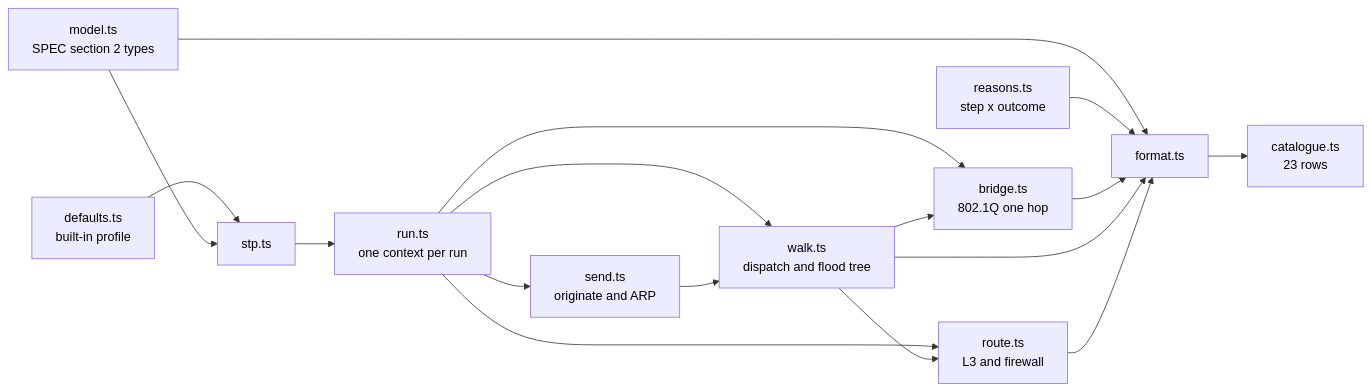
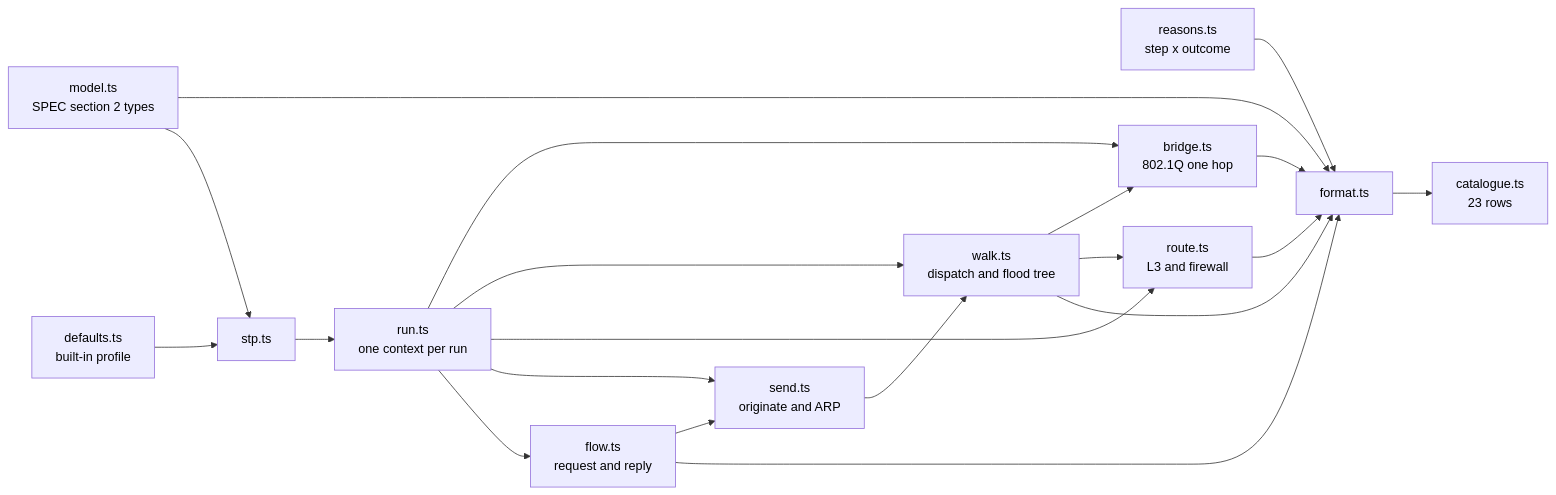
The first of 3 diagrams in docs/architecture.md (alanfong93/network-sandbox), drawn with Mermaid before and after one commit. The commit also changed other lines of this file and 7 other files, not shown here.

First line of the commit message:
feat: flow driver for request and reply (#7) (#21)

````diff
--- a/docs/architecture.md
+++ b/docs/architecture.md
@@ -12,30 +13,34 @@
 ```mermaid
 flowchart LR
     M[model.ts<br>SPEC section 2 types] --> F[format.ts]
     R[reasons.ts<br>step x outcome] --> F
     F --> C[catalogue.ts<br>23 rows]
     D[defaults.ts<br>built-in profile] --> S[stp.ts]
     M --> S
     S --> U[run.ts<br>one context per run]
     U --> B[bridge.ts<br>802.1Q one hop]
     U --> W[walk.ts<br>dispatch and flood tree]
     U --> O[route.ts<br>L3 and firewall]
     U --> N[send.ts<br>originate and ARP]
+    U --> L[flow.ts<br>request and reply]
     W --> B
     W --> O
     N --> W
+    L --> N
     B --> F
     W --> F
     O --> F
+    L --> F
     style M color:#000
     style R color:#000
     style F color:#000
     style C color:#000
     style D color:#000
     style S color:#000
     style U color:#000
     style B color:#000
     style W color:#000
     style O color:#000
     style N color:#000
+    style L color:#000
 ```
````
